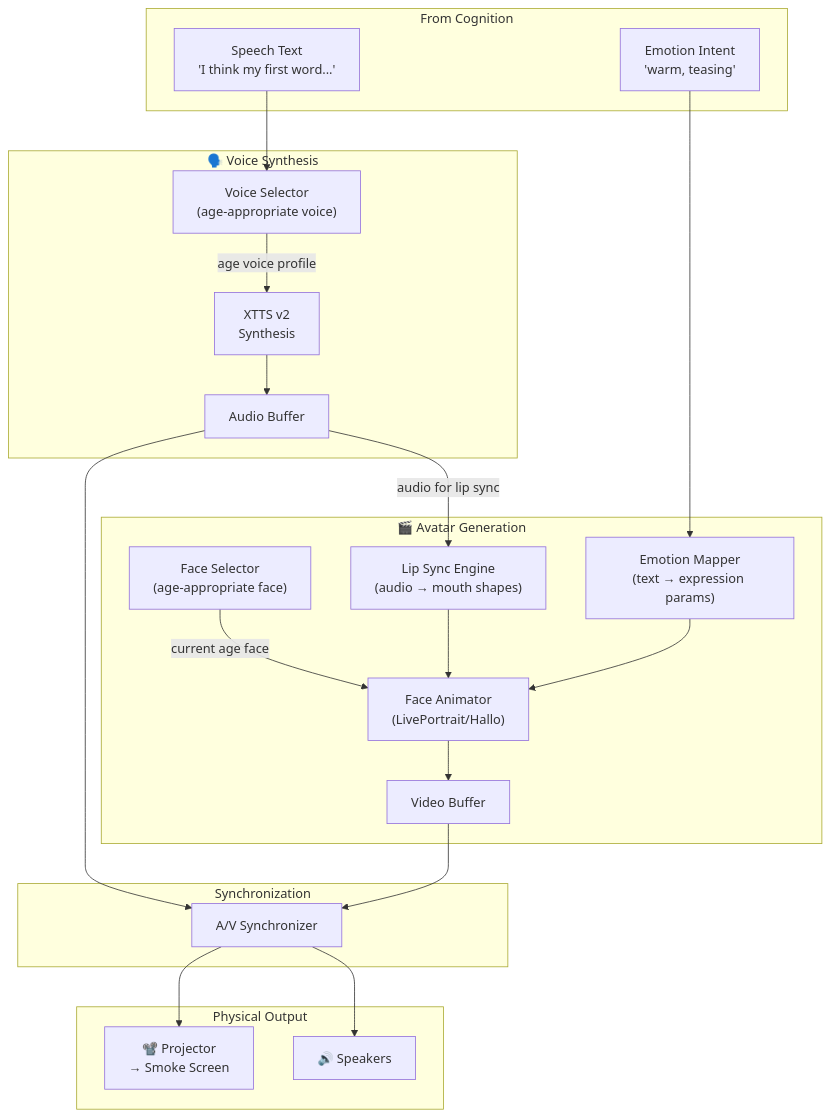
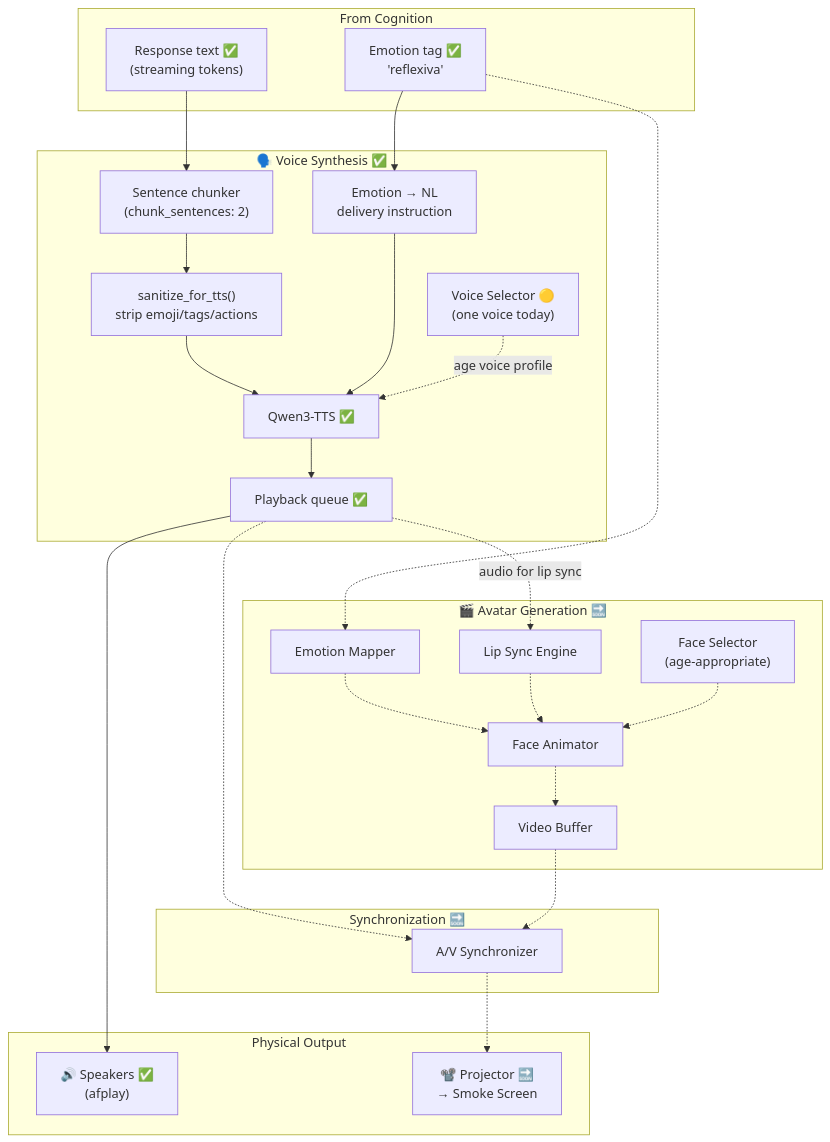
Before and after one commit to sgl-a/Indira: the fourth of 10 diagrams in ARCHITECTURE.md, drawn with Mermaid. The commit also changed other lines of this file and 10 other files, not shown here.

Commit message:
Updated Architecture and Tech Stack. Updated Readme for accurate installation

````diff
--- a/ARCHITECTURE.md
+++ b/ARCHITECTURE.md
@@ -245,47 +246,46 @@
 ```mermaid
 flowchart TB
     subgraph LLM_OUTPUT ["From Cognition"]
-        SPEECH_TEXT["Speech Text\n'I think my first word...'"]
-        EMOTION_INTENT["Emotion Intent\n'warm, teasing'"]
+        SPEECH_TEXT["Response text ✅\n(streaming tokens)"]
+        EMOTION_INTENT["Emotion tag ✅\n'reflexiva'"]
     end
 
-    subgraph TTS_PIPELINE ["🗣️ Voice Synthesis"]
-        VOICE_SELECT["Voice Selector\n(age-appropriate voice)"]
-        XTTS["XTTS v2\nSynthesis"]
-        AUDIO_BUFFER["Audio Buffer"]
+    subgraph TTS_PIPELINE ["🗣️ Voice Synthesis ✅"]
+        CHUNK["Sentence chunker\n(chunk_sentences: 2)"]
+        SANITIZE["sanitize_for_tts()\nstrip emoji/tags/actions"]
+        VOICE_SELECT["Voice Selector 🟡\n(one voice today)"]
+        INSTRUCT["Emotion → NL\ndelivery instruction"]
+        SYNTH["Qwen3-TTS ✅"]
+        QUEUE["Playback queue ✅"]
     end
 
-    subgraph AVATAR_PIPELINE ["🎬 Avatar Generation"]
-        FACE_SELECT["Face Selector\n(age-appropriate face)"]
-        EMOTION_MAP["Emotion Mapper\n(text → expression params)"]
-        LIPSYNC["Lip Sync Engine\n(audio → mouth shapes)"]
-        FACE_ANIM["Face Animator\n(LivePortrait/Hallo)"]
+    subgraph AVATAR_PIPELINE ["🎬 Avatar Generation 🔜"]
+        FACE_SELECT["Face Selector\n(age-appropriate)"]
+        EMOTION_MAP["Emotion Mapper"]
+        LIPSYNC["Lip Sync Engine"]
+        FACE_ANIM["Face Animator"]
         VIDEO_BUFFER["Video Buffer"]
     end
 
-    subgraph SYNC ["Synchronization"]
+    subgraph SYNC ["Synchronization 🔜"]
         AV_SYNC["A/V Synchronizer"]
     end
 
     subgraph PHYSICAL ["Physical Output"]
-        SPEAKERS["🔊 Speakers"]
-        PROJECTOR["📽️ Projector\n→ Smoke Screen"]
+        SPEAKERS["🔊 Speakers ✅\n(afplay)"]
+        PROJECTOR["📽️ Projector 🔜\n→ Smoke Screen"]
     end
 
-    SPEECH_TEXT --> VOICE_SELECT
-    VOICE_SELECT -->|"age voice profile"| XTTS
-    XTTS --> AUDIO_BUFFER
+    SPEECH_TEXT --> CHUNK --> SANITIZE --> SYNTH
+    EMOTION_INTENT --> INSTRUCT --> SYNTH
+    VOICE_SELECT -.->|"age voice profile"| SYNTH
+    SYNTH --> QUEUE --> SPEAKERS
 
-    EMOTION_INTENT --> EMOTION_MAP
-    EMOTION_MAP --> FACE_ANIM
-    AUDIO_BUFFER -->|"audio for lip sync"| LIPSYNC
-    LIPSYNC --> FACE_ANIM
-    FACE_SELECT -->|"current age face"| FACE_ANIM
-    FACE_ANIM --> VIDEO_BUFFER
+    EMOTION_INTENT -.-> EMOTION_MAP -.-> FACE_ANIM
+    QUEUE -.->|"audio for lip sync"| LIPSYNC -.-> FACE_ANIM
+    FACE_SELECT -.-> FACE_ANIM -.-> VIDEO_BUFFER
 
-    AUDIO_BUFFER --> AV_SYNC
-    VIDEO_BUFFER --> AV_SYNC
-
-    AV_SYNC --> SPEAKERS
-    AV_SYNC --> PROJECTOR
+    QUEUE -.-> AV_SYNC
+    VIDEO_BUFFER -.-> AV_SYNC
+    AV_SYNC -.-> PROJECTOR
 ```
````
